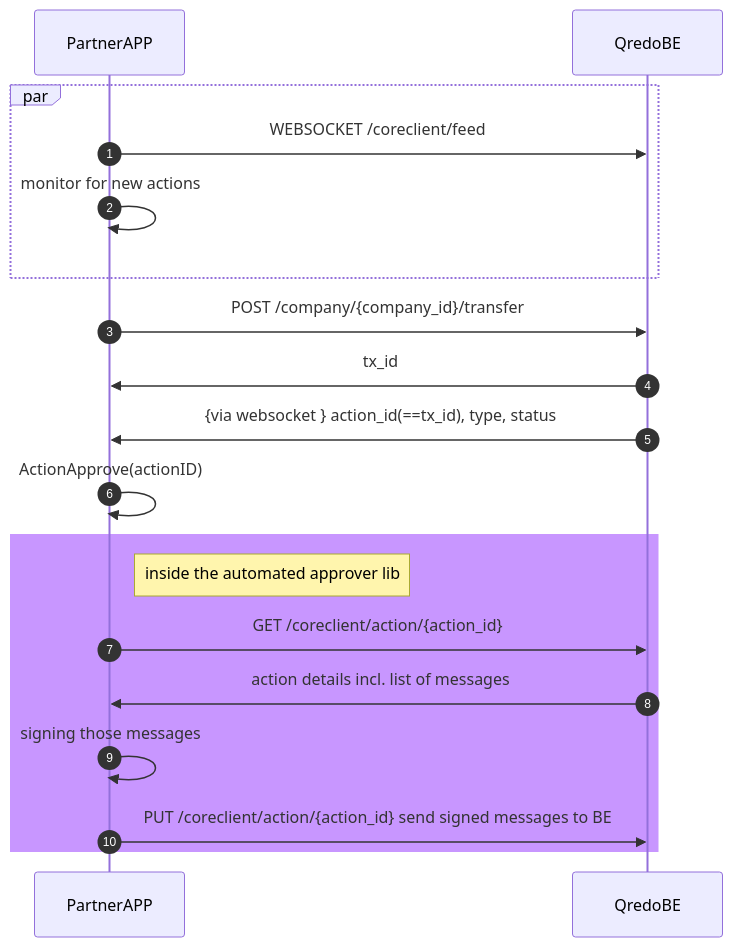
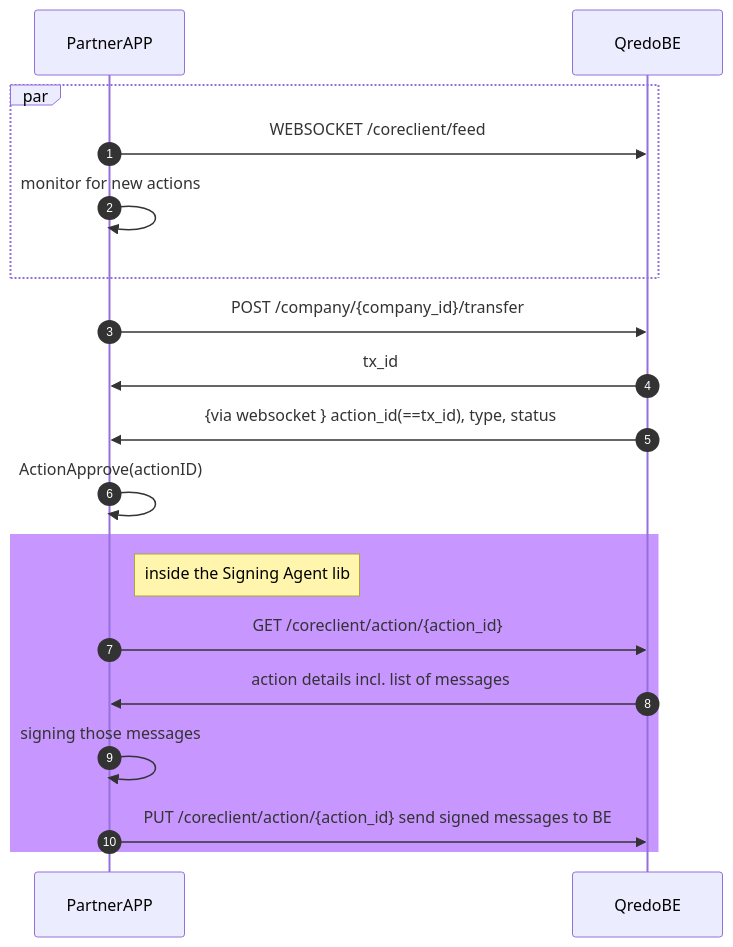
The third of 3 diagrams in doc/usage.md (qredo/signing-agent), drawn with Mermaid before and after one commit. The commit also changed other lines of this file and 15 other files, not shown here.

Commit message:
renamed automated-approver to signing-agent

````diff
--- a/doc/usage.md
+++ b/doc/usage.md
@@ -115,21 +115,21 @@
 ```mermaid
 sequenceDiagram
   autonumber
 
   par
   PartnerAPP->>QredoBE: WEBSOCKET /coreclient/feed
   PartnerAPP->>PartnerAPP: monitor for new actions
   end
   PartnerAPP->>QredoBE:POST /company/{company_id}/transfer
   QredoBE->>PartnerAPP: tx_id
   QredoBE->>PartnerAPP: {via websocket } action_id(==tx_id), type, status
   PartnerAPP->>PartnerAPP: ActionApprove(actionID)
   rect rgb(200, 150, 255)
-  note right of PartnerAPP: inside the automated approver lib
+  note right of PartnerAPP: inside the Signing Agent lib
   PartnerAPP->>QredoBE: GET /coreclient/action/{action_id}
   QredoBE->>PartnerAPP: action details incl. list of messages
   PartnerAPP->>PartnerAPP: signing those messages
   PartnerAPP->>QredoBE: PUT /coreclient/action/{action_id} send signed messages to BE
 
   end
 ```
````
